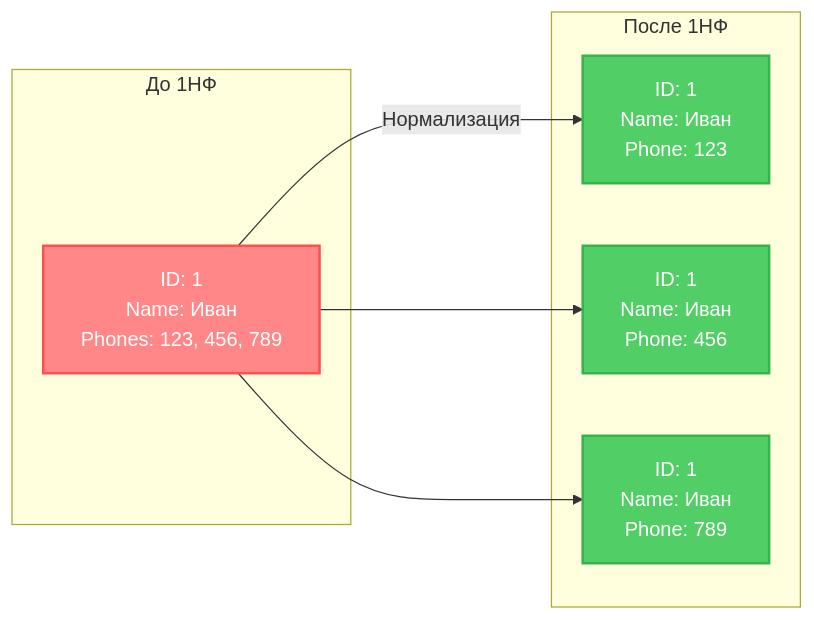
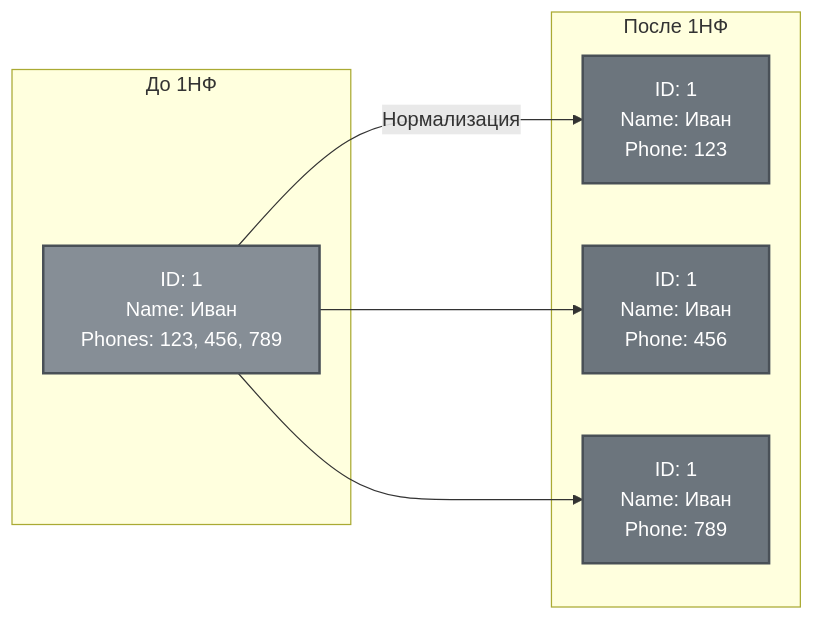
The fifth of 23 diagrams in db_exam.md (alx314vo/db_exam), drawn with Mermaid before and after one commit. The commit also changed other lines of this file, not shown here.

````diff
--- a/db_exam.md
+++ b/db_exam.md
@@ -292,21 +292,21 @@
 ```mermaid
 graph LR
     subgraph "До 1НФ"
         Before[ID: 1<br/>Name: Иван<br/>Phones: 123, 456, 789]
     end
     
     subgraph "После 1НФ"
         After1[ID: 1<br/>Name: Иван<br/>Phone: 123]
         After2[ID: 1<br/>Name: Иван<br/>Phone: 456]
         After3[ID: 1<br/>Name: Иван<br/>Phone: 789]
     end
     
     Before -->|Нормализация| After1
     Before --> After2
     Before --> After3
     
-    style Before fill:#ff8787,stroke:#fa5252,stroke-width:2px,color:#fff
-    style After1 fill:#51cf66,stroke:#37b24d,stroke-width:2px,color:#fff
-    style After2 fill:#51cf66,stroke:#37b24d,stroke-width:2px,color:#fff
-    style After3 fill:#51cf66,stroke:#37b24d,stroke-width:2px,color:#fff
+    style Before fill:#868e96,stroke:#495057,stroke-width:2px,color:#fff
+    style After1 fill:#6c757d,stroke:#495057,stroke-width:2px,color:#fff
+    style After2 fill:#6c757d,stroke:#495057,stroke-width:2px,color:#fff
+    style After3 fill:#6c757d,stroke:#495057,stroke-width:2px,color:#fff
 ```
````
